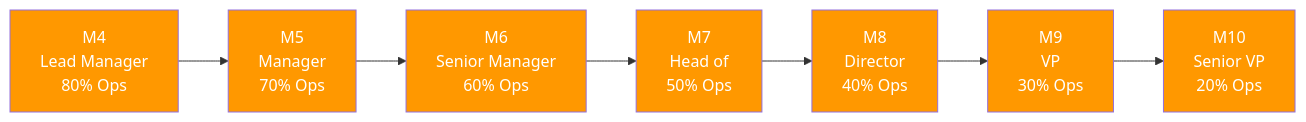
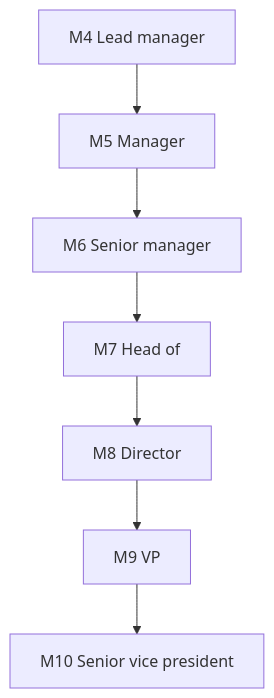
The diagram in docs/en/people/careers/levels-management.md (ultralytics/handbook), drawn with Mermaid before and after one commit. The commit also changed 16 other files, not shown here.

First line of the commit message:
Migrate handbook Mermaid diagrams to the unified design system

````diff
--- a/docs/en/people/careers/levels-management.md
+++ b/docs/en/people/careers/levels-management.md
@@ -16,11 +16,9 @@
 ```mermaid
-flowchart LR
-    M4["M4<br/>Lead Manager<br/>80% Ops"]:::decide --> M5["M5<br/>Manager<br/>70% Ops"]:::decide
-    M5 --> M6["M6<br/>Senior Manager<br/>60% Ops"]:::decide
-    M6 --> M7["M7<br/>Head of<br/>50% Ops"]:::decide
-    M7 --> M8["M8<br/>Director<br/>40% Ops"]:::decide
-    M8 --> M9["M9<br/>VP<br/>30% Ops"]:::decide
-    M9 --> M10["M10<br/>Senior VP<br/>20% Ops"]:::decide
-
-    classDef decide fill:#FF9800,color:#fff
+flowchart TD
+    M4[M4 Lead manager] --> M5[M5 Manager]
+    M5 --> M6[M6 Senior manager]
+    M6 --> M7[M7 Head of]
+    M7 --> M8[M8 Director]
+    M8 --> M9[M9 VP]
+    M9 --> M10[M10 Senior vice president]
 ```
````
